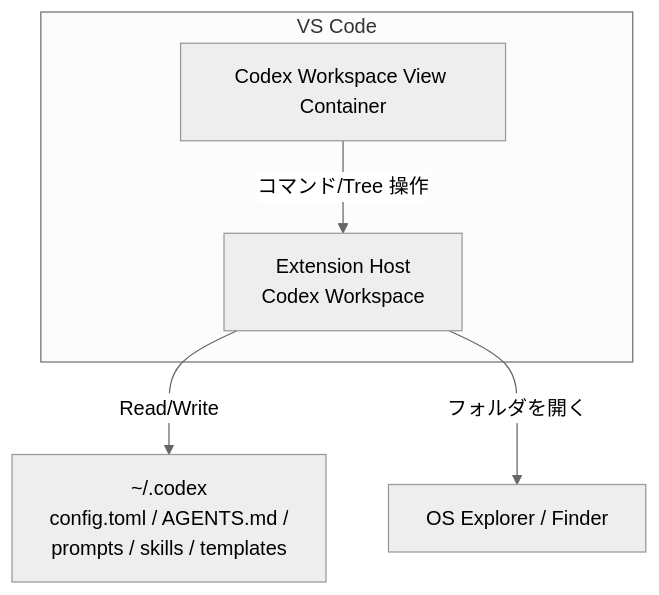
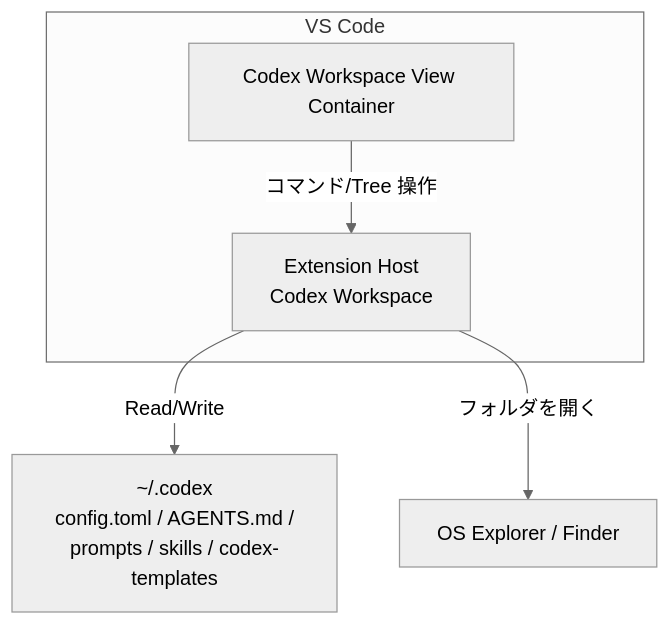
Before and after one commit to Knworks/codex-workspace: the diagram in docs/02_architect.md, drawn with Mermaid (neutral theme). The commit also changed other lines of this file and 8 other files, not shown here.

Commit message:
fix(templates): unify template root to codex-templates

````diff
--- a/docs/02_architect.md
+++ b/docs/02_architect.md
@@ -144,14 +144,14 @@
 ```mermaid
 flowchart TB
   subgraph VSCode[VS Code]
     UI[Codex Workspace View Container]
     Ext[Extension Host\nCodex Workspace]
   end
 
-  FS[~/.codex\nconfig.toml / AGENTS.md /\nprompts / skills / templates]
+  FS[~/.codex\nconfig.toml / AGENTS.md /\nprompts / skills / codex-templates]
   OS[OS Explorer / Finder]
 
   UI -->|コマンド/Tree 操作| Ext
   Ext -->|Read/Write| FS
   Ext -->|フォルダを開く| OS
 ```
````
